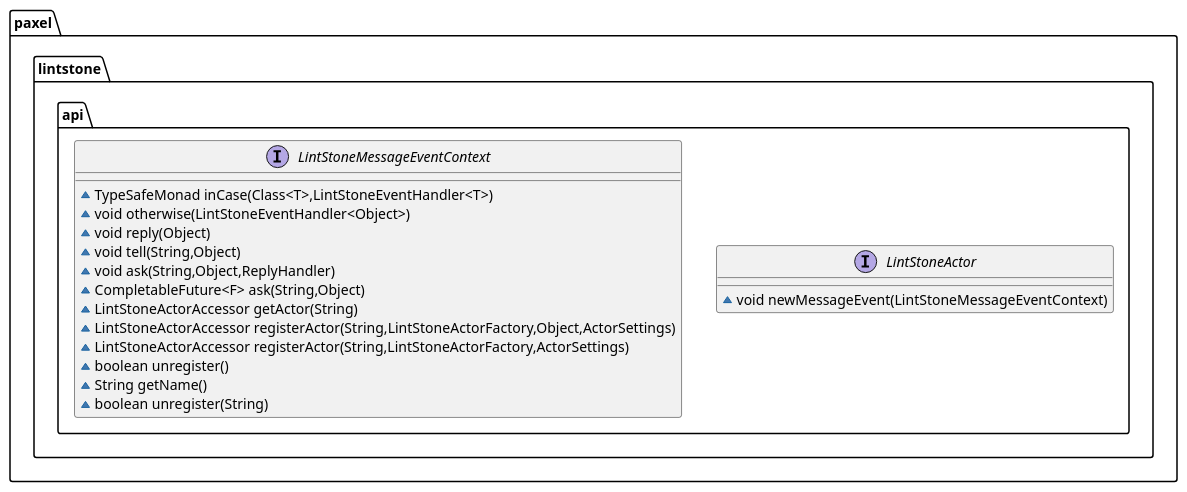
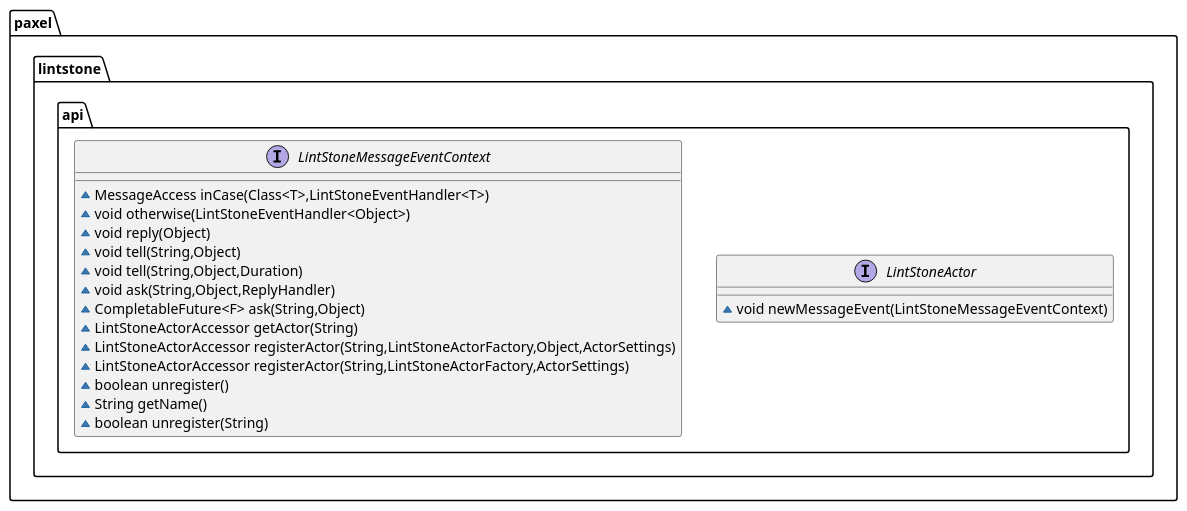
Before and after one commit to paxel/lintstone: the third of 5 diagrams in src/main/asciidoc/description.adoc, drawn with PlantUML. The commit also changed other lines of this file and 1 other file, not shown here.

```diff
--- a/src/main/asciidoc/description.adoc
+++ b/src/main/asciidoc/description.adoc
@@ -89,21 +97,21 @@
 [plantuml]
 ----
 interface paxel.lintstone.api.LintStoneActor {
 ~ void newMessageEvent(LintStoneMessageEventContext)
 }
 interface paxel.lintstone.api.LintStoneMessageEventContext {
-~ TypeSafeMonad inCase(Class<T>,LintStoneEventHandler<T>)
+~ MessageAccess inCase(Class<T>,LintStoneEventHandler<T>)
 ~ void otherwise(LintStoneEventHandler<Object>)
 ~ void reply(Object)
 ~ void tell(String,Object)
+~ void tell(String,Object,Duration)
 ~ void ask(String,Object,ReplyHandler)
 ~ CompletableFuture<F> ask(String,Object)
 ~ LintStoneActorAccessor getActor(String)
 ~ LintStoneActorAccessor registerActor(String,LintStoneActorFactory,Object,ActorSettings)
 ~ LintStoneActorAccessor registerActor(String,LintStoneActorFactory,ActorSettings)
 ~ boolean unregister()
 ~ String getName()
 ~ boolean unregister(String)
 }
-
 ----
```
